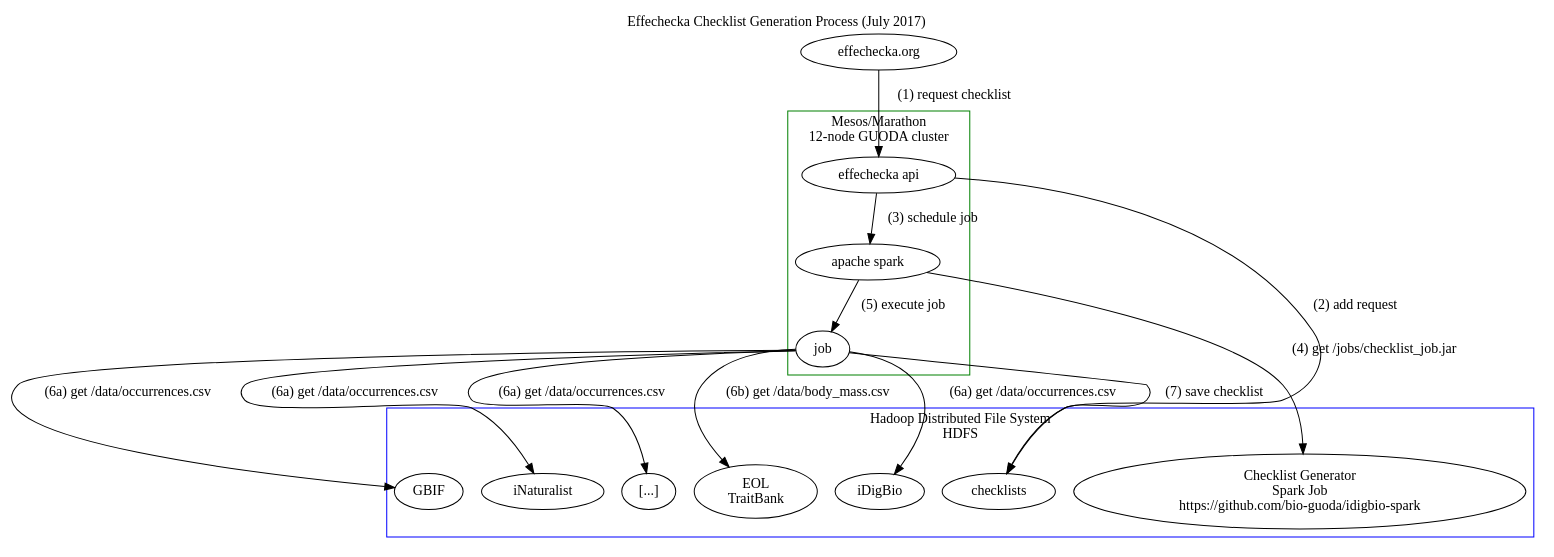
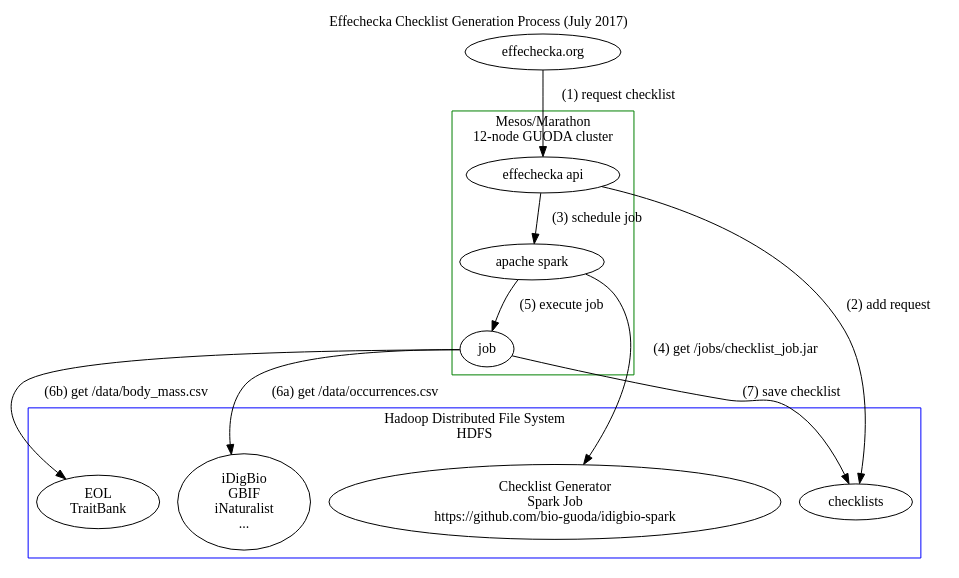
One commit to jhpoelen/effechecka changed the diagram in assets/checklistGenerationProcess.dot. Above: the diagram before and after it, drawn with Graphviz. The commit also changed 1 other file, not shown here.

```diff
--- a/assets/checklistGenerationProcess.dot
+++ b/assets/checklistGenerationProcess.dot
@@ -1,27 +1,24 @@
 digraph G {
   labelloc="t";
   label="Effechecka Checklist Generation Process (July 2017)";
   compound=true;
   fontname="bold";
   "effechecka.org" -> "effechecka api"[label=" (1) request checklist"]
   subgraph cluster0 {
 	"effechecka api" -> "apache spark"[label=" (3) schedule job"];
   "apache spark" -> "job"[label= " (5) execute job"];
     label = "Mesos/Marathon\n12-node GUODA cluster";
     color = "green";
   }
 
   subgraph cluster1 {
-		"job" -> "iDigBio"[label= " (6a) get /data/occurrences.csv"];
-		"job" -> "GBIF"[label= " (6a) get /data/occurrences.csv"];
-		"job" -> "iNaturalist"[label= " (6a) get /data/occurrences.csv"];
-		"job" -> "[...]"[label= " (6a) get /data/occurrences.csv"];
+		"job" -> "iDigBio\nGBIF\niNaturalist\n..."[label= " (6a) get /data/occurrences.csv"];
 		"job" -> "checklists"[label=" (7) save checklist"];
     		"effechecka api" -> "checklists"[label=" (2) add request"];
 		"job" -> "EOL\nTraitBank"[label= " (6b) get /data/body_mass.csv"];
 		"apache spark" -> "Checklist Generator\nSpark Job\nhttps://github.com/bio-guoda/idigbio-spark"[label= " (4) get /jobs/checklist_job.jar"];
 		label = "Hadoop Distributed File System\nHDFS"
 		color = "blue"
   }
 
 }
```
